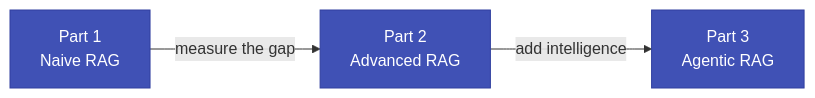
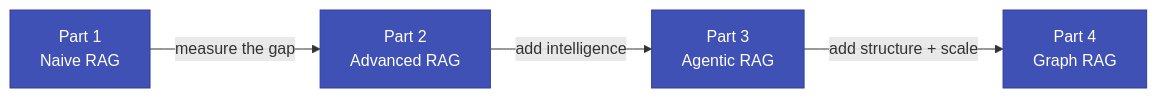
Before and after one commit to pypi-ahmad/agentic-rag-arxiv-research-assistant: the diagram in docs/index.md, drawn with Mermaid. The commit also changed other lines of this file and 76 other files, not shown here.

````diff
--- a/docs/index.md
+++ b/docs/index.md
@@ -25,11 +31,13 @@
 ```mermaid
 graph LR
     A[Part 1<br/>Naive RAG] -->|measure the gap| B[Part 2<br/>Advanced RAG]
     B -->|add intelligence| C[Part 3<br/>Agentic RAG]
+    C -->|add structure + scale| D[Part 4<br/>Graph RAG]
 
     A:::done
     B:::done
     C:::done
+    D:::done
 
     classDef done fill:#4051b5,stroke:#303f9f,color:#fff
 ```
````
